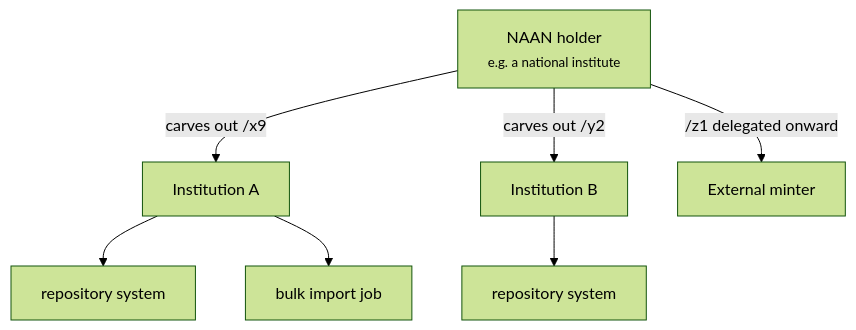
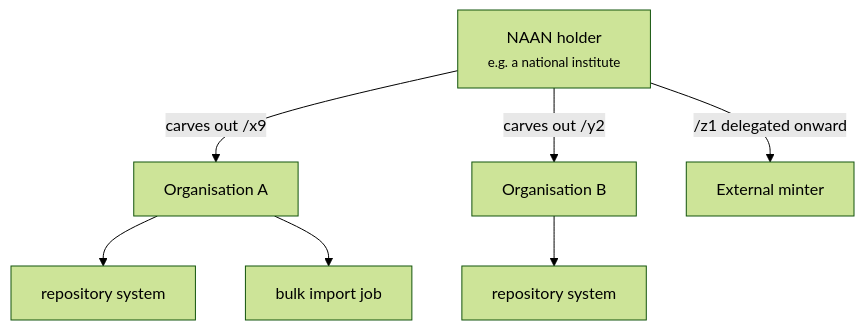
The first of 2 diagrams in docs/concepts/delegation.md (RCOSDP/arkhe), drawn with Mermaid (forest theme) before and after one commit. The commit also changed other lines of this file and 62 other files, not shown here.

````diff
--- a/docs/concepts/delegation.md
+++ b/docs/concepts/delegation.md
@@ -7,10 +7,10 @@
 ```mermaid
 flowchart TD
     RA["NAAN holder<br/><small>e.g. a national institute</small>"]
-    RA -->|"carves out /x9"| I1["Institution A"]
-    RA -->|"carves out /y2"| I2["Institution B"]
+    RA -->|"carves out /x9"| I1["Organisation A"]
+    RA -->|"carves out /y2"| I2["Organisation B"]
     RA -->|"/z1 delegated onward"| EX["External minter"]
     I1 --> C1["repository system"]
     I1 --> C2["bulk import job"]
     I2 --> C3["repository system"]
 ```
````
